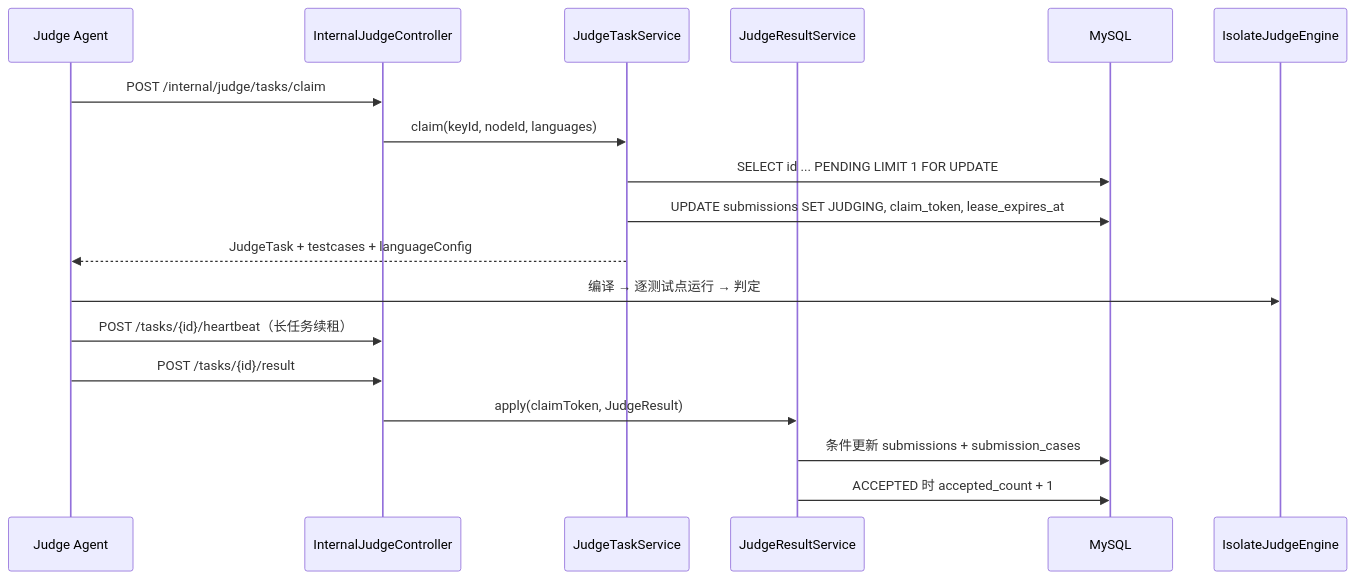
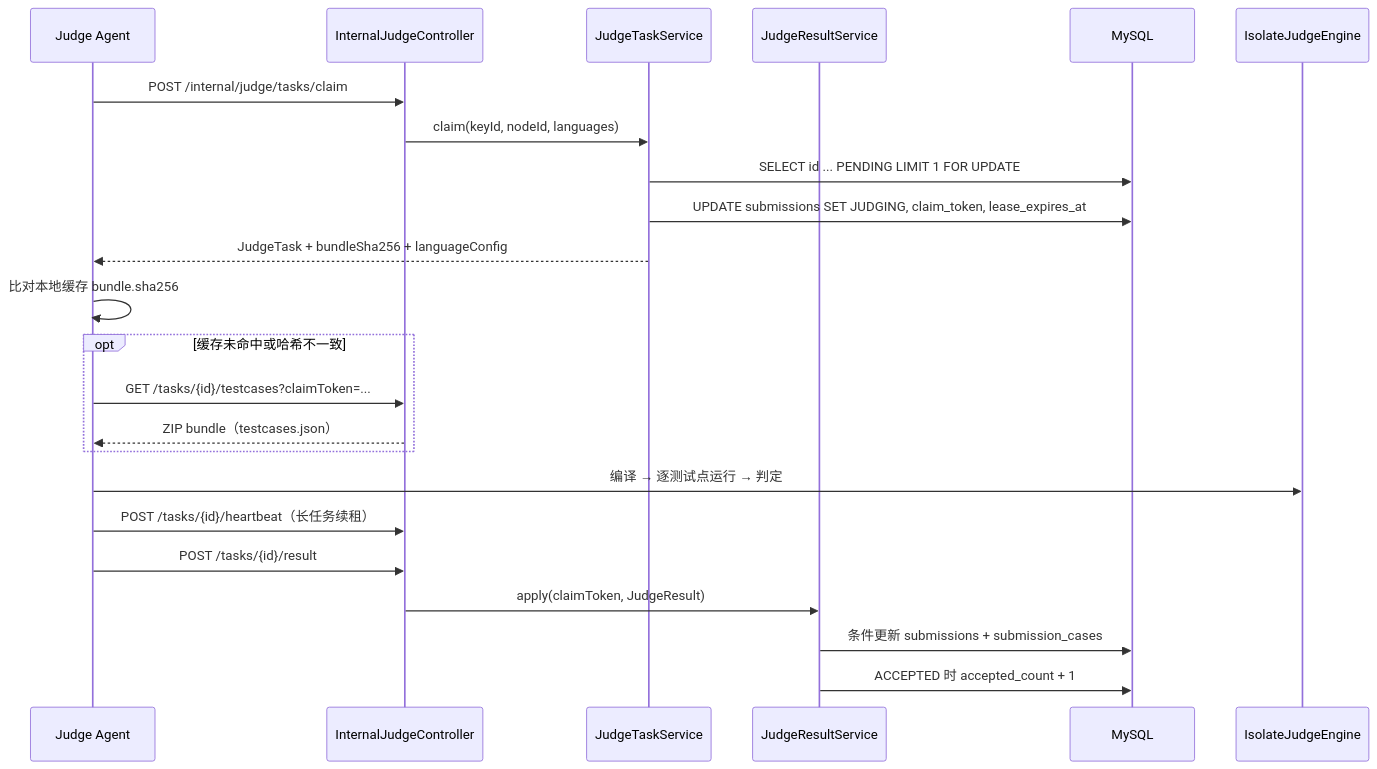
One commit to yucccxi/iOJ changed the third of 3 diagrams in docs/server/01-architecture.md. Above: the diagram before and after it, drawn with Mermaid. The commit also changed other lines of this file and 22 other files, not shown here.

````diff
--- a/docs/server/01-architecture.md
+++ b/docs/server/01-architecture.md
@@ -115,21 +115,26 @@
 ```mermaid
 sequenceDiagram
     participant Agent as Judge Agent
     participant API as InternalJudgeController
     participant TS as JudgeTaskService
     participant RS as JudgeResultService
     participant DB as MySQL
     participant E as IsolateJudgeEngine
 
     Agent->>API: POST /internal/judge/tasks/claim
     API->>TS: claim(keyId, nodeId, languages)
     TS->>DB: SELECT id ... PENDING LIMIT 1 FOR UPDATE
     TS->>DB: UPDATE submissions SET JUDGING, claim_token, lease_expires_at
-    TS-->>Agent: JudgeTask + testcases + languageConfig
+    TS-->>Agent: JudgeTask + bundleSha256 + languageConfig
+    Agent->>Agent: 比对本地缓存 bundle.sha256
+    opt 缓存未命中或哈希不一致
+        Agent->>API: GET /tasks/{id}/testcases?claimToken=...
+        API-->>Agent: ZIP bundle（testcases.json）
+    end
     Agent->>E: 编译 → 逐测试点运行 → 判定
     Agent->>API: POST /tasks/{id}/heartbeat（长任务续租）
     Agent->>API: POST /tasks/{id}/result
     API->>RS: apply(claimToken, JudgeResult)
     RS->>DB: 条件更新 submissions + submission_cases
     RS->>DB: ACCEPTED 时 accepted_count + 1
 ```
````
